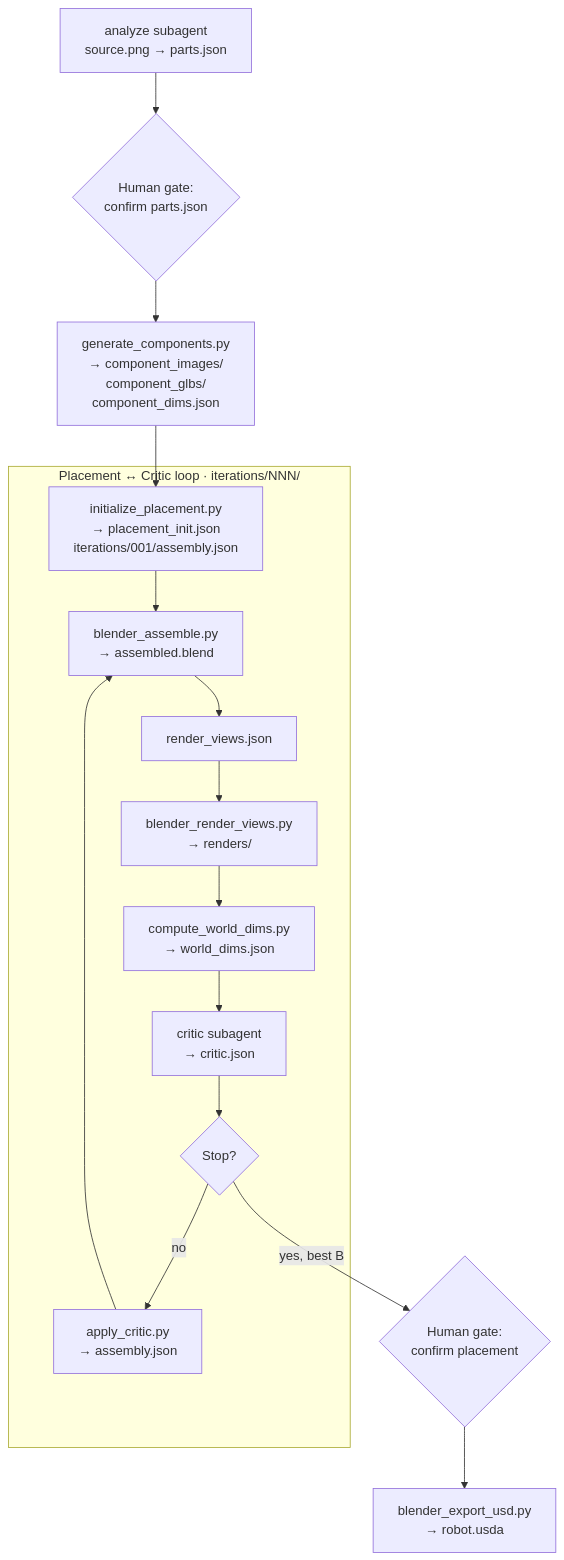
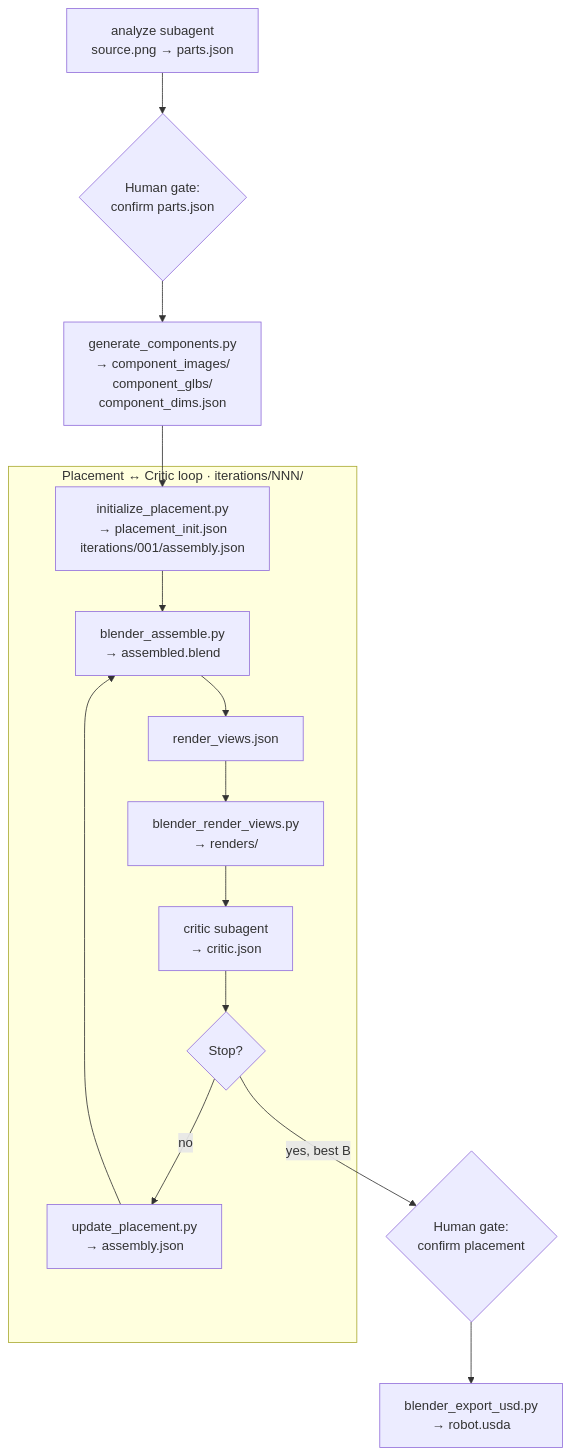
Before and after one commit to aakashvarma/dexter: the diagram in README.md, drawn with Mermaid. The commit also changed other lines of this file and 42 other files, not shown here.

First line of the commit message:
refactor(geometry)!: modernize part placement with world-space metrics

````diff
--- a/README.md
+++ b/README.md
@@ -13,20 +13,19 @@
 ```mermaid
 flowchart TD
     analyze["analyze subagent\nsource.png → parts.json"] --> gate1{"Human gate:\nconfirm parts.json"}
     gate1 --> components["generate_components.py\n→ component_images/\ncomponent_glbs/\ncomponent_dims.json"]
     components --> init["initialize_placement.py\n→ placement_init.json\niterations/001/assembly.json"]
 
     subgraph placeLoop ["Placement ↔ Critic loop · iterations/NNN/"]
         init --> assemble["blender_assemble.py\n→ assembled.blend"]
-        apply["apply_critic.py\n→ assembly.json"] --> assemble
+        apply["update_placement.py\n→ assembly.json"] --> assemble
         assemble --> renderplan["render_views.json"]
         renderplan --> render["blender_render_views.py\n→ renders/"]
-        render --> worlddims["compute_world_dims.py\n→ world_dims.json"]
-        worlddims --> critique["critic subagent\n→ critic.json"]
+        render --> critique["critic subagent\n→ critic.json"]
         critique --> decide{"Stop?"}
         decide -->|no| apply
     end
 
     decide -->|yes, best B| gate2{"Human gate:\nconfirm placement"}
     gate2 --> usd["blender_export_usd.py\n→ robot.usda"]
 ```
````
